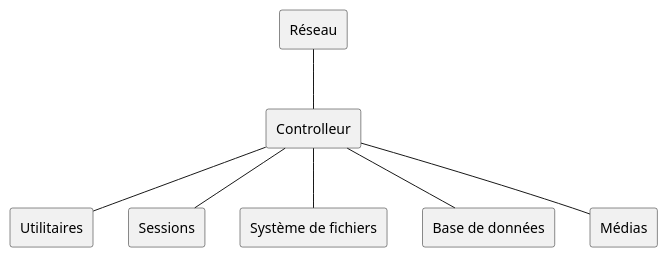
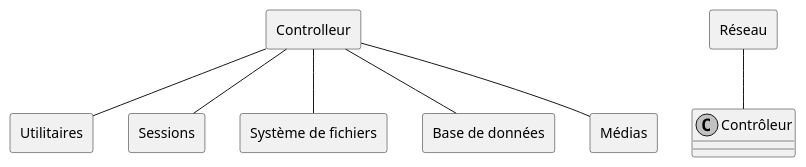
One commit to heig-vd-pro2017/projet changed the diagram in doc/PRO/UML/Architecture.puml. Above: the diagram before and after it, drawn with PlantUML.

Commit message:
Correction orthographe

```diff
--- a/doc/PRO/UML/Architecture.puml
+++ b/doc/PRO/UML/Architecture.puml
@@ -1,39 +1,39 @@
 @startuml
 
 skinparam monochrome true
 
 package "Utilitaires" <<Rectangle>> {
 }
 
 package "Réseau" <<Rectangle>> {
 }
 
 package "Sessions" <<Rectangle>> {
 }
 
 package "Controlleur" <<Rectangle>> {
 }
 
 package "Système de fichiers" <<Rectangle>> {
 }
 
 package "Base de données" <<Rectangle>> {
 }
 
 
 package "Médias" <<Rectangle>> {
 }
 
-"Réseau" -- "Controlleur"
+"Réseau" -- "Contrôleur"
 
 "Controlleur" -- "Sessions"
 
 "Controlleur" -- "Base de données"
 
 "Controlleur" -- "Utilitaires"
 
 "Controlleur" -- "Système de fichiers"
 
 "Controlleur" -- "Médias"
 
 @enduml
```
